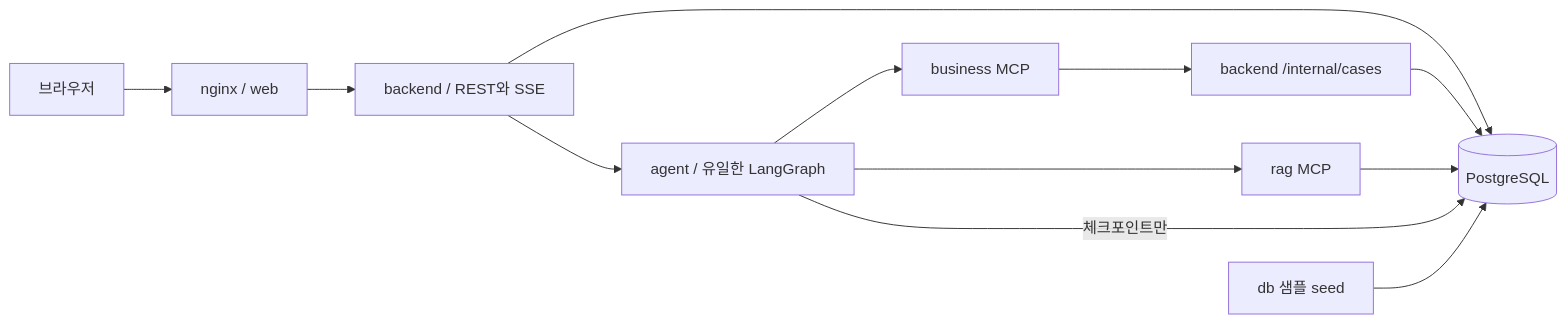
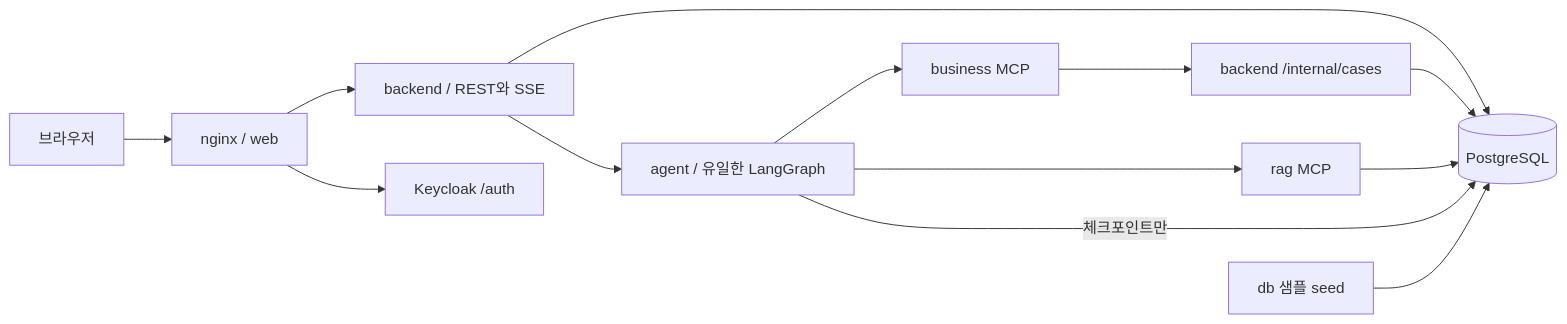
Before and after one commit to meotjin-girl/etch-trace: the diagram in docs/architecture.md, drawn with Mermaid. The commit also changed other lines of this file and 39 other files, not shown here.

Commit message:
feat(auth): Keycloak 로그인과 공동 작업 인증 적용

````diff
--- a/docs/architecture.md
+++ b/docs/architecture.md
@@ -5,14 +5,15 @@
 ```mermaid
 flowchart LR
   UI[브라우저] --> W[nginx / web]
   W --> B[backend / REST와 SSE]
+  W --> KC[Keycloak /auth]
   B --> A[agent / 유일한 LangGraph]
   A --> BM[business MCP]
   BM --> BI[backend /internal/cases]
   A --> RM[rag MCP]
   B --> PG[(PostgreSQL)]
   BI --> PG
   RM --> PG
   A -- 체크포인트만 --> PG
   SEED[db 샘플 seed] --> PG
 ```
````
